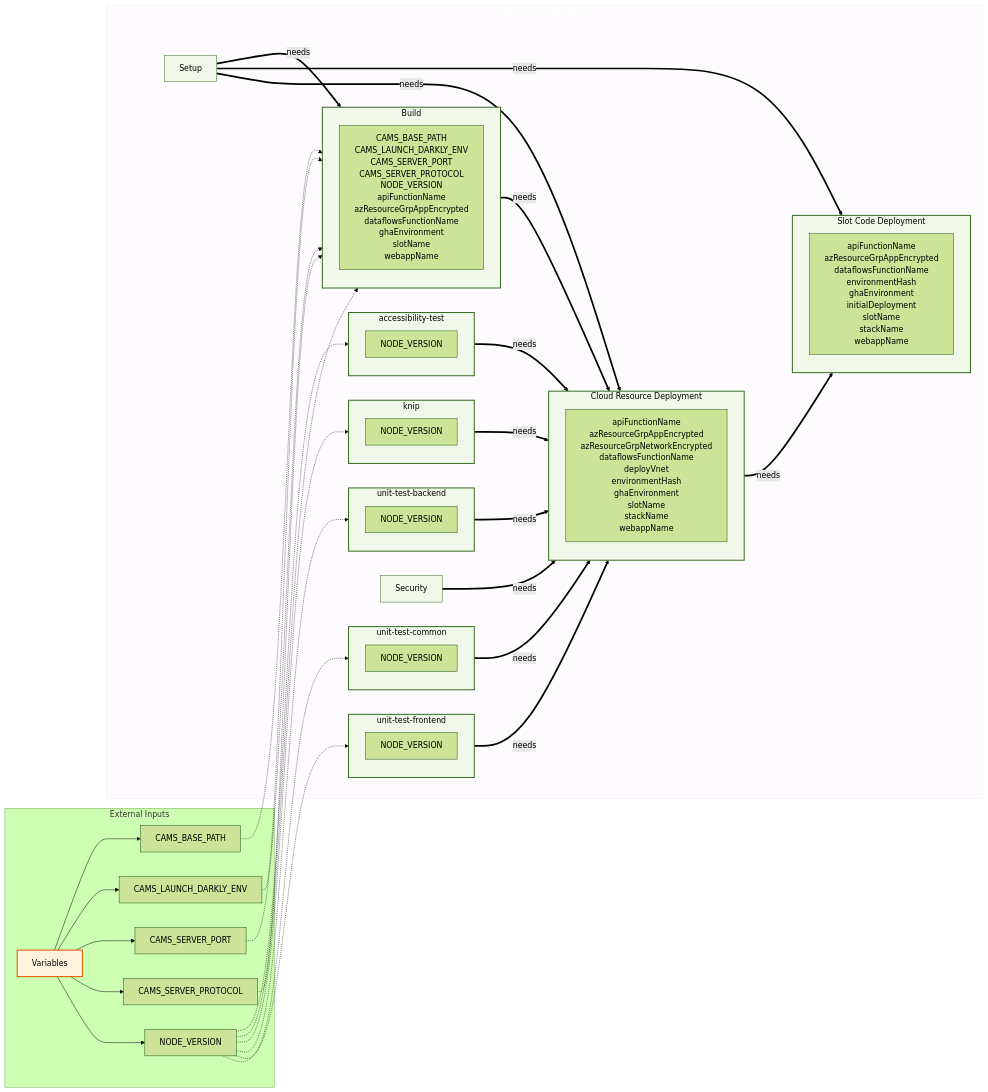
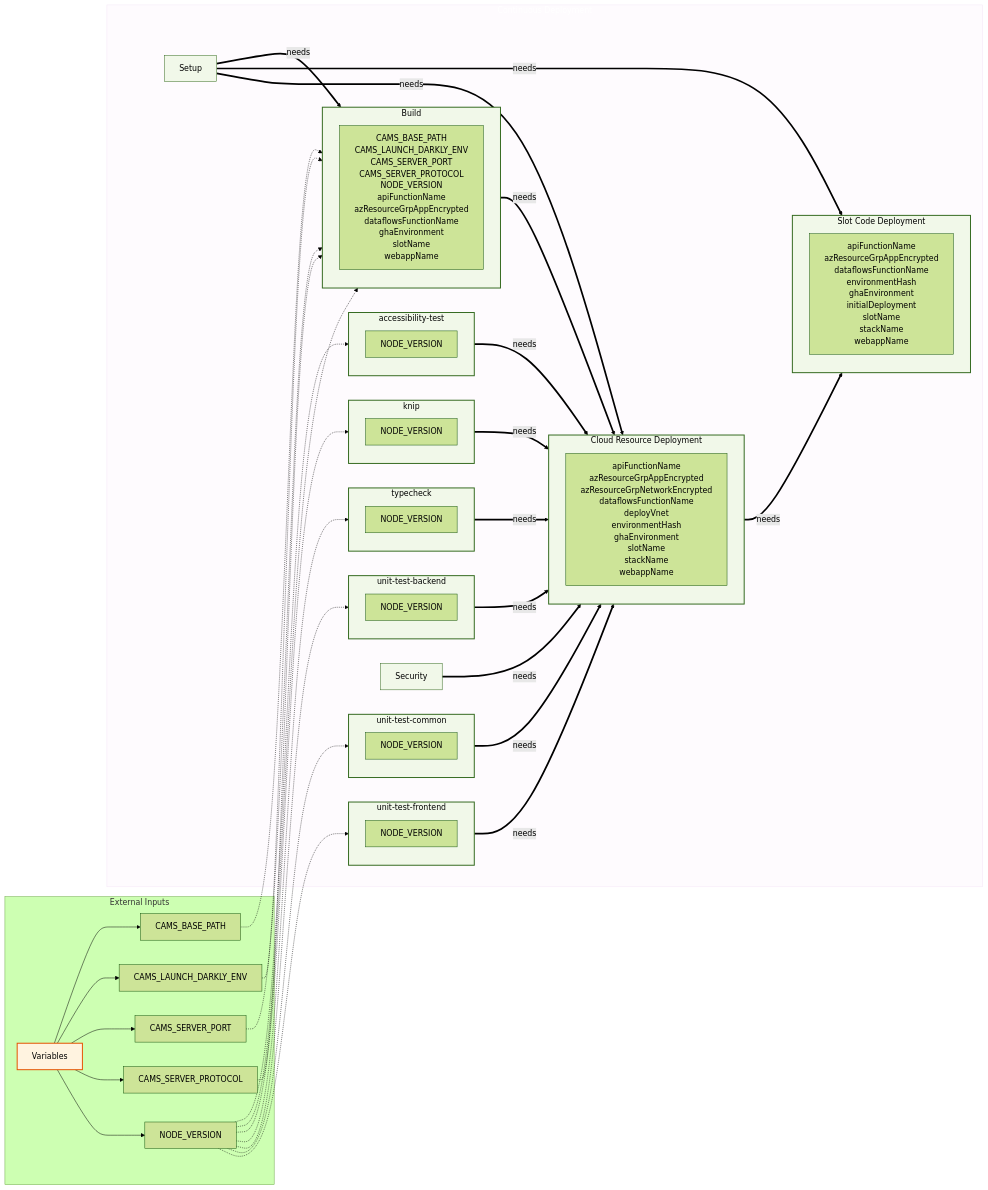
Before and after one commit to US-Trustee-Program/Bankruptcy-Oversight-Support-Systems: the eighth of 22 diagrams in docs/operations/workflow-diagram.md, drawn with Mermaid (forest theme). The commit also changed other lines of this file and 2 other files, not shown here.

First line of the commit message:
Add typecheck job to continuous deployment

```diff
--- a/docs/operations/workflow-diagram.md
+++ b/docs/operations/workflow-diagram.md
@@ -479,6 +488,9 @@
         subgraph knip_subgraph["knip"]
             knip_vars["NODE_VERSION"]
         end
+        subgraph typecheck_subgraph["typecheck"]
+            typecheck_vars["NODE_VERSION"]
+        end
         security_scan["Security"]
         subgraph build_subgraph["Build"]
             build_vars["CAMS_BASE_PATH<br/>CAMS_LAUNCH_DARKLY_ENV<br/>CAMS_SERVER_PORT<br/>CAMS_SERVER_PROTOCOL<br/>NODE_VERSION<br/>apiFunctionName<br/>azResourceGrpAppEncrypted<br/>dataflowsFunctionName<br/>ghaEnvironment<br/>slotName<br/>webappName"]
@@ -503,6 +515,7 @@
     Variables_NODE_VERSION -.-> accessibility_test_subgraph
     Variables_NODE_VERSION -.-> build_subgraph
     Variables_NODE_VERSION -.-> knip_subgraph
+    Variables_NODE_VERSION -.-> typecheck_subgraph
     Variables_NODE_VERSION -.-> unit_test_backend_subgraph
     Variables_NODE_VERSION -.-> unit_test_common_subgraph
     Variables_NODE_VERSION -.-> unit_test_frontend_subgraph
@@ -514,6 +527,7 @@
     setup ==>|"needs"| build_subgraph
     setup ==>|"needs"| deploy_code_slot_subgraph
     setup ==>|"needs"| deploy_subgraph
+    typecheck_subgraph ==>|"needs"| deploy_subgraph
     unit_test_backend_subgraph ==>|"needs"| deploy_subgraph
     unit_test_common_subgraph ==>|"needs"| deploy_subgraph
     unit_test_frontend_subgraph ==>|"needs"| deploy_subgraph
@@ -531,6 +545,7 @@
     class knip_subgraph jobSubgraph
     class security_scan job
     class setup job
+    class typecheck_subgraph jobSubgraph
     class unit_test_backend_subgraph jobSubgraph
     class unit_test_common_subgraph jobSubgraph
     class unit_test_frontend_subgraph jobSubgraph
```
